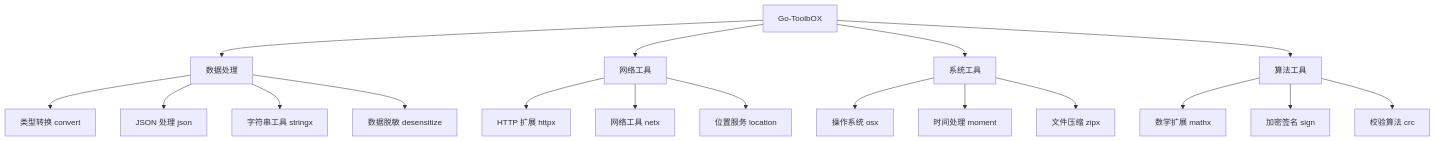
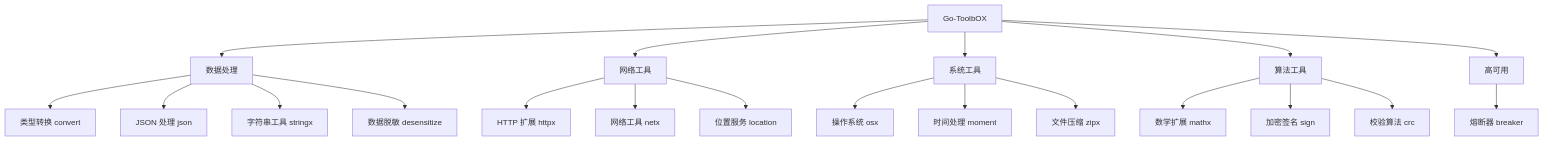
The diagram in README.md (kamalyes/go-toolbox), drawn with Mermaid before and after one commit. The commit also changed other lines of this file and 14 other files, not shown here.

````diff
--- a/README.md
+++ b/README.md
@@ -40,24 +40,27 @@
 ```mermaid
 graph TB
     A[Go-ToolbOX] --> B[数据处理]
     A --> C[网络工具]
     A --> D[系统工具]
     A --> E[算法工具]
+    A --> F[高可用]
     
     B --> B1[类型转换 convert]
     B --> B2[JSON 处理 json]
     B --> B3[字符串工具 stringx]
     B --> B4[数据脱敏 desensitize]
     
     C --> C1[HTTP 扩展 httpx]
     C --> C2[网络工具 netx]
     C --> C3[位置服务 location]
     
     D --> D1[操作系统 osx]
     D --> D2[时间处理 moment]
     D --> D3[文件压缩 zipx]
     
     E --> E1[数学扩展 mathx]
     E --> E2[加密签名 sign]
     E --> E3[校验算法 crc]
+    
+    F --> F1[熔断器 breaker]
 ```
````
